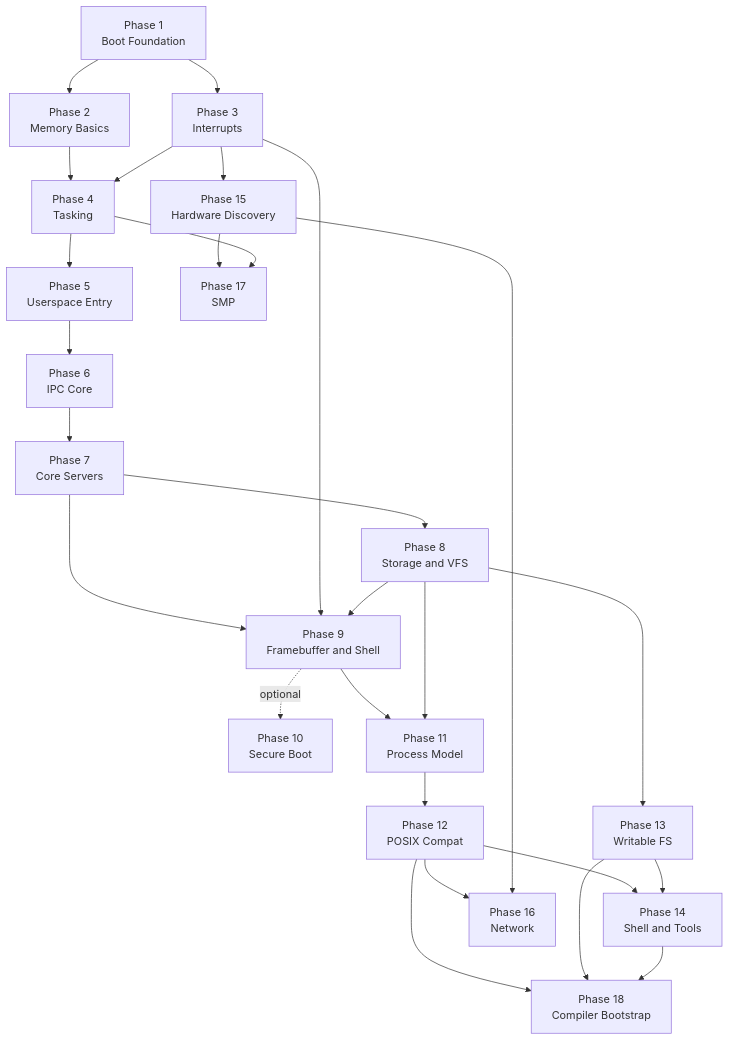
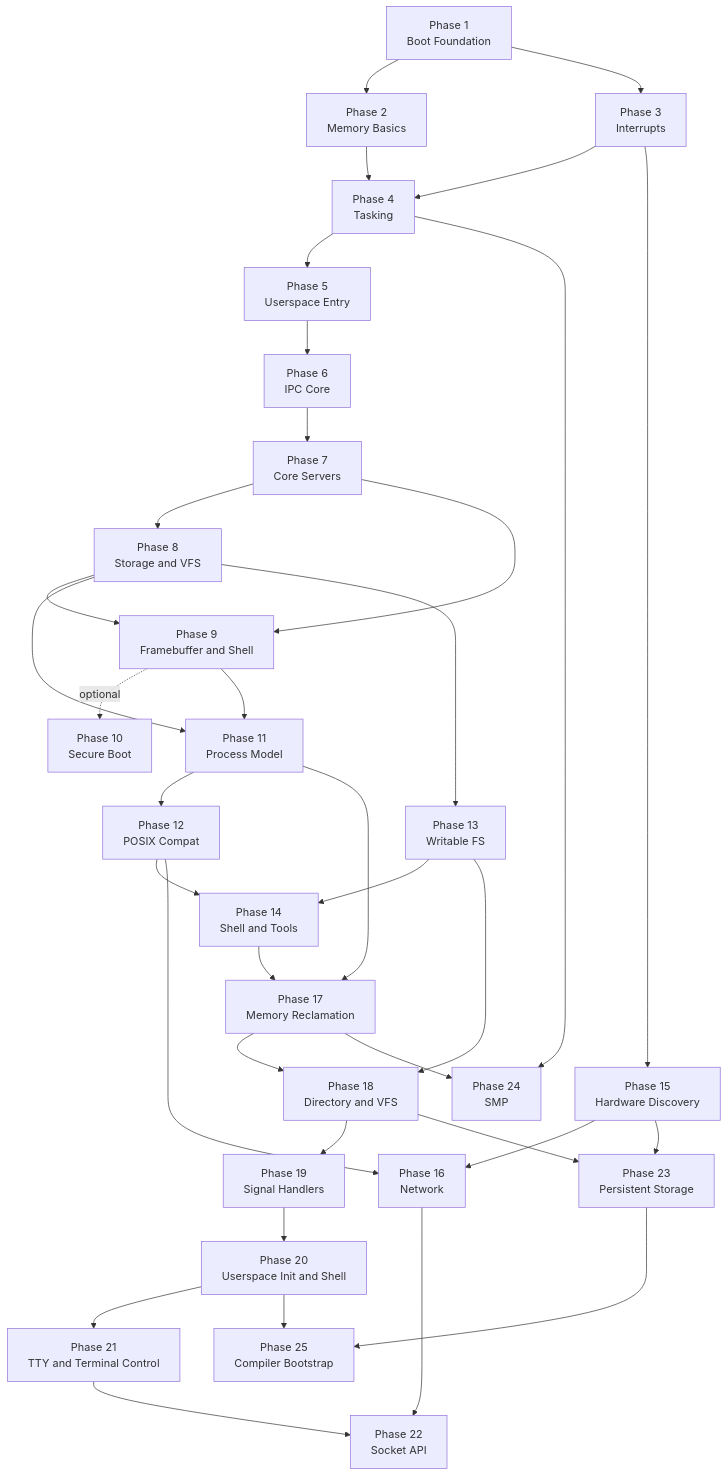
The first of 2 diagrams in docs/roadmap/README.md (mikecubed/m3OS), drawn with Mermaid before and after one commit. The commit also changed other lines of this file and 20 other files, not shown here.

First line of the commit message:
Restructure roadmap: phases 17-25 replace old 17-18 numbering

````diff
--- a/docs/roadmap/README.md
+++ b/docs/roadmap/README.md
@@ -27,39 +27,48 @@
 ```mermaid
 flowchart TD
     P1["Phase 1<br/>Boot Foundation"]
     P2["Phase 2<br/>Memory Basics"]
     P3["Phase 3<br/>Interrupts"]
     P4["Phase 4<br/>Tasking"]
     P5["Phase 5<br/>Userspace Entry"]
     P6["Phase 6<br/>IPC Core"]
     P7["Phase 7<br/>Core Servers"]
     P8["Phase 8<br/>Storage and VFS"]
     P9["Phase 9<br/>Framebuffer and Shell"]
 
     P1 --> P2
     P1 --> P3
     P2 --> P4
     P3 --> P4
     P4 --> P5
     P5 --> P6
     P6 --> P7
     P7 --> P8
     P7 --> P9
-    P3 --> P9
     P8 --> P9
     P9 -.->|optional| P10["Phase 10<br/>Secure Boot"]
     P9 --> P11["Phase 11<br/>Process Model"]
     P8 --> P11
     P11 --> P12["Phase 12<br/>POSIX Compat"]
     P8 --> P13["Phase 13<br/>Writable FS"]
     P12 --> P14["Phase 14<br/>Shell and Tools"]
     P13 --> P14
     P3 --> P15["Phase 15<br/>Hardware Discovery"]
     P12 --> P16["Phase 16<br/>Network"]
     P15 --> P16
-    P15 --> P17["Phase 17<br/>SMP"]
-    P4 --> P17
-    P12 --> P18["Phase 18<br/>Compiler Bootstrap"]
+    P14 --> P17["Phase 17<br/>Memory Reclamation"]
+    P11 --> P17
+    P17 --> P18["Phase 18<br/>Directory and VFS"]
     P13 --> P18
-    P14 --> P18
+    P18 --> P19["Phase 19<br/>Signal Handlers"]
+    P19 --> P20["Phase 20<br/>Userspace Init and Shell"]
+    P20 --> P21["Phase 21<br/>TTY and Terminal Control"]
+    P16 --> P22["Phase 22<br/>Socket API"]
+    P21 --> P22
+    P18 --> P23["Phase 23<br/>Persistent Storage"]
+    P15 --> P23
+    P17 --> P24["Phase 24<br/>SMP"]
+    P4 --> P24
+    P20 --> P25["Phase 25<br/>Compiler Bootstrap"]
+    P23 --> P25
 ```
````
